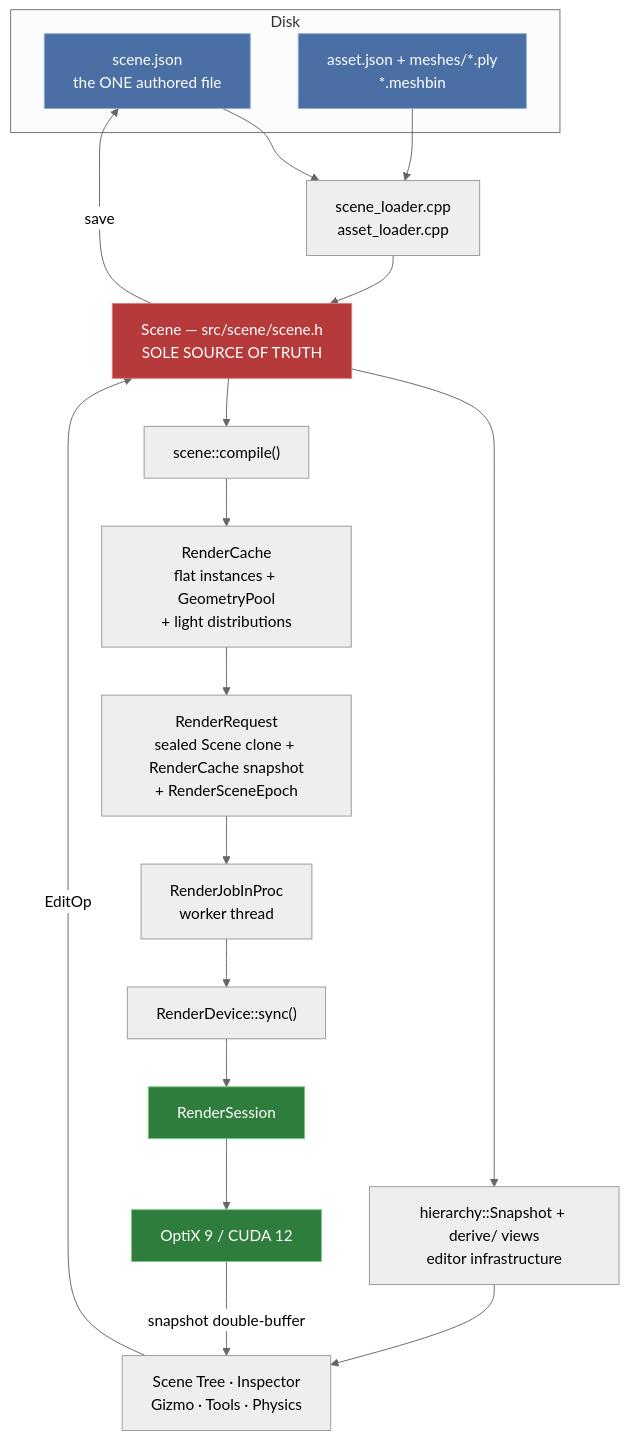
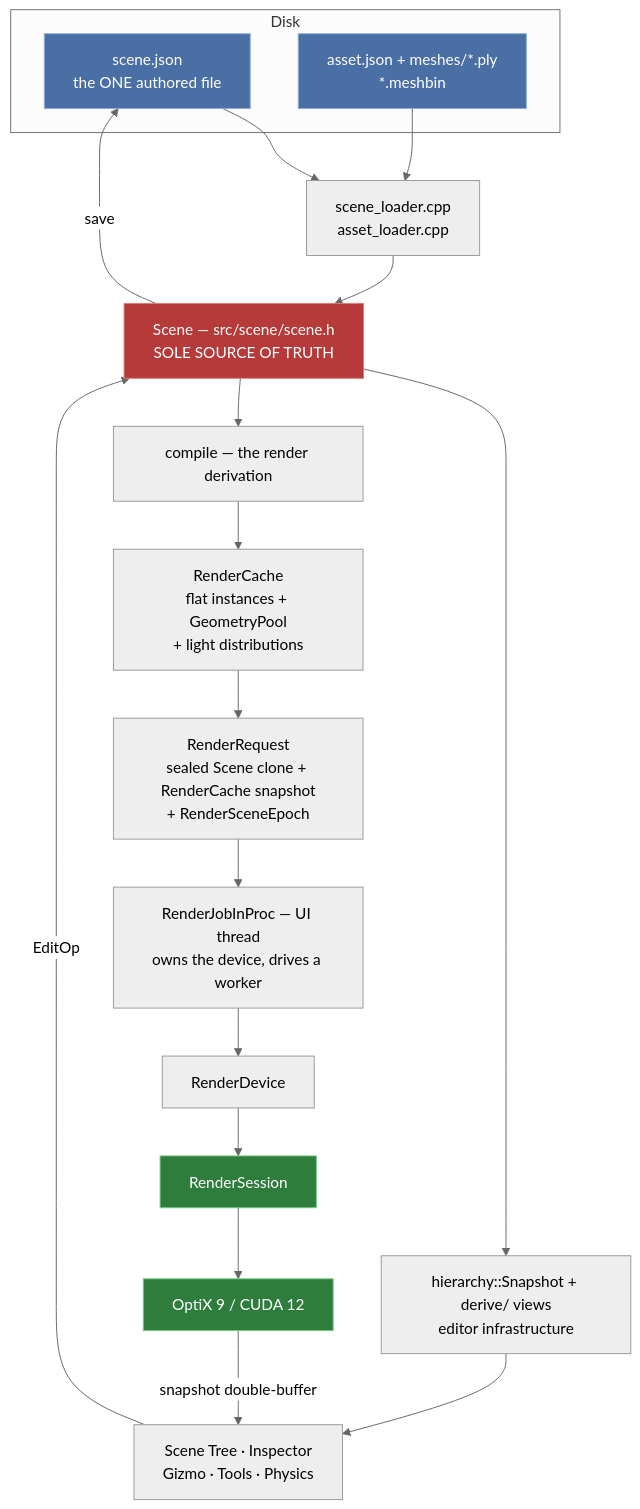
The first of 5 diagrams in README.md (nicolasgfx/Portfolio), drawn with Mermaid (neutral theme) before and after one commit. The commit also changed other lines of this file, not shown here.

````diff
--- a/README.md
+++ b/README.md
@@ -203,33 +203,33 @@
 ```mermaid
 flowchart TD
   subgraph DISK["Disk"]
     SJ["scene.json<br/>the ONE authored file"]
     AJ["asset.json + meshes/*.ply<br/>*.meshbin"]
   end
 
   SJ --> LOAD["scene_loader.cpp<br/>asset_loader.cpp"]
   AJ --> LOAD
   LOAD --> SCENE["Scene — src/scene/scene.h<br/>SOLE SOURCE OF TRUTH"]
 
   SCENE --> HIER["hierarchy::Snapshot + derive/ views<br/>editor infrastructure"]
-  SCENE --> COMPILE["scene::compile()"]
+  SCENE --> COMPILE["compile — the render derivation"]
 
   HIER --> UI["Scene Tree · Inspector<br/>Gizmo · Tools · Physics"]
   COMPILE --> RC["RenderCache<br/>flat instances + GeometryPool<br/>+ light distributions"]
 
   UI -->|"EditOp"| SCENE
   RC --> REQ["RenderRequest<br/>sealed Scene clone + RenderCache snapshot<br/>+ RenderSceneEpoch"]
-  REQ --> JOB["RenderJobInProc<br/>worker thread"]
-  JOB --> DEV["RenderDevice::sync()"]
+  REQ --> JOB["RenderJobInProc — UI thread<br/>owns the device, drives a worker"]
+  JOB --> DEV["RenderDevice"]
   DEV --> SESS["RenderSession"]
   SESS --> GPU["OptiX 9 / CUDA 12"]
   GPU -->|"snapshot double-buffer"| UI
   SCENE -->|"save"| SJ
 
   classDef disk fill:#4a6fa5,stroke:#8fb0d8,color:#fff
   classDef truth fill:#b73a3a,stroke:#e07a7a,color:#fff
   classDef gpu fill:#2f7d3c,stroke:#7acb85,color:#fff
-  class SJ,AJ,MJ disk
+  class SJ,AJ disk
   class SCENE truth
   class SESS,GPU gpu
 ```
````
